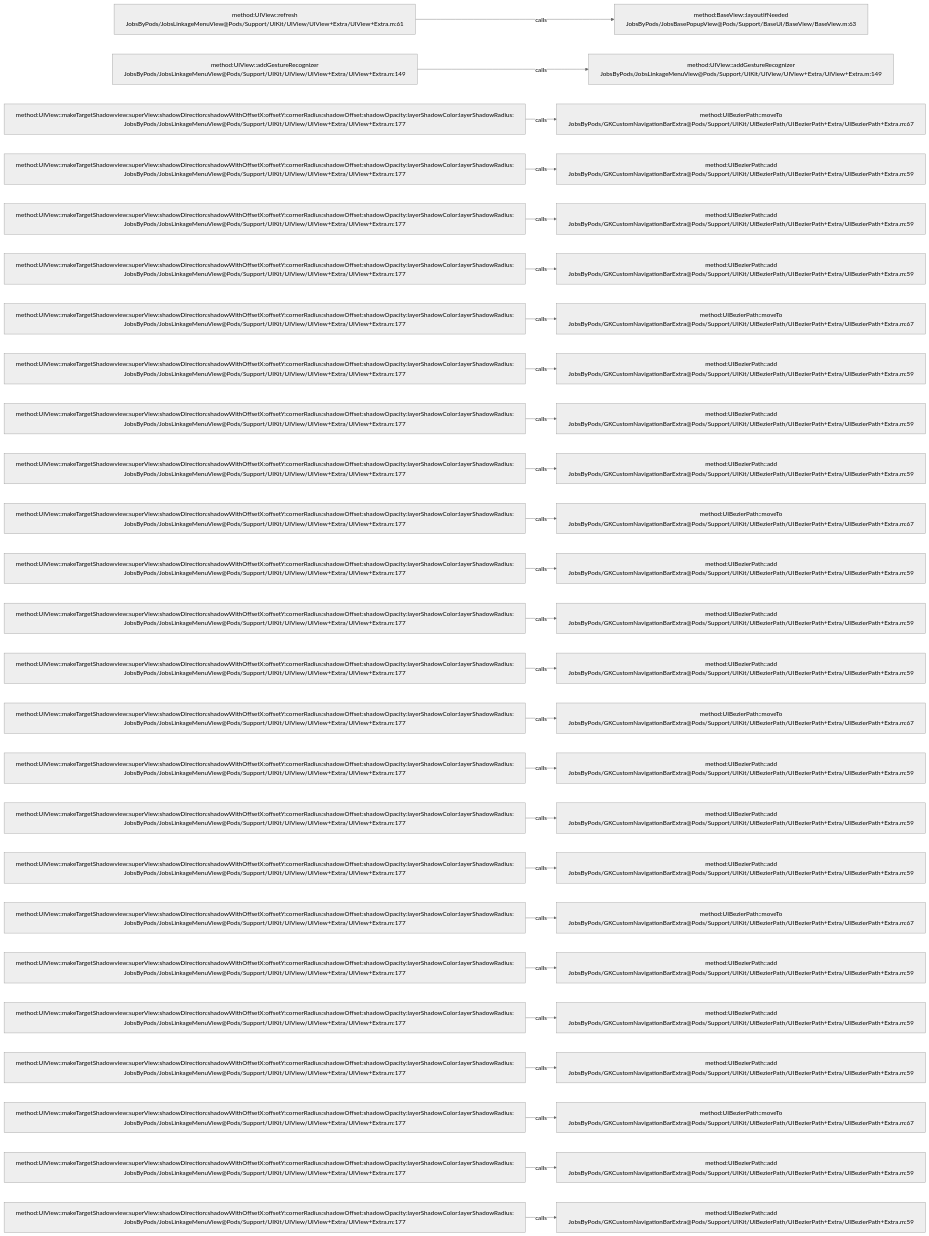
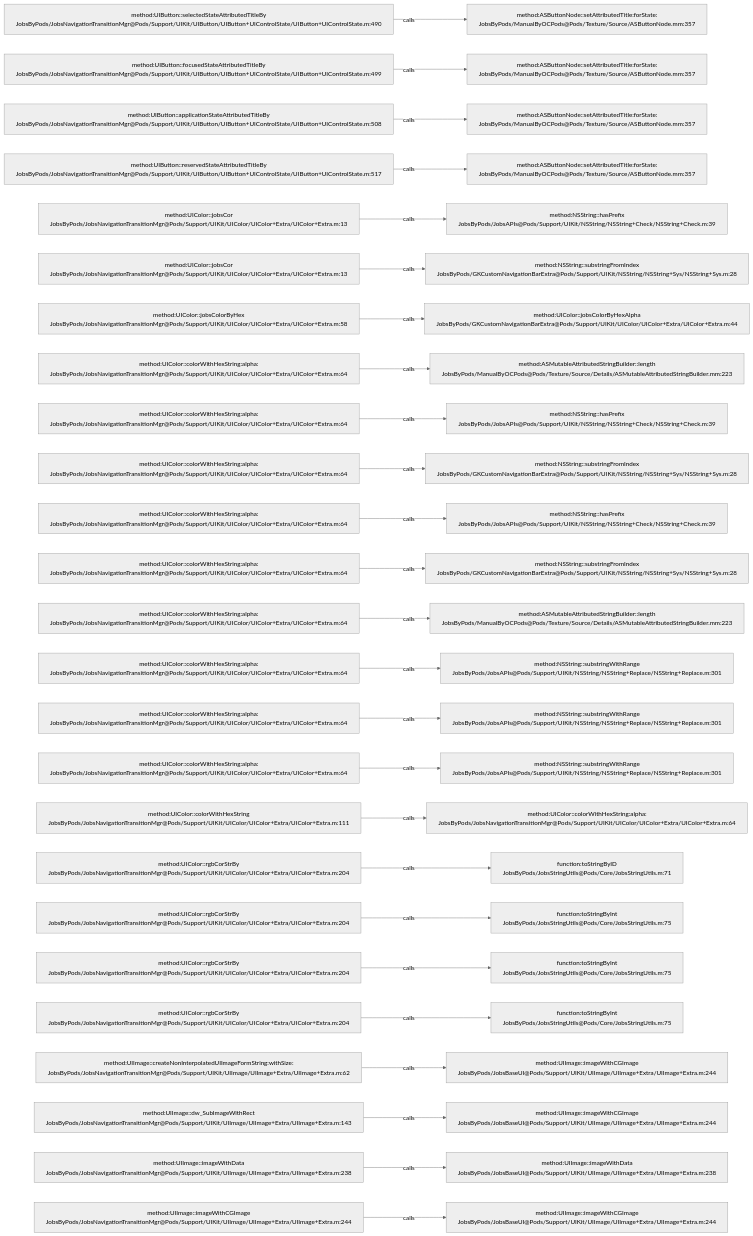
Before and after one commit to JobsKits/JobsOCBaseConfigDemo: the diagram in .codegraph/codegraph.md/graphs/calls-135.md, drawn with Mermaid (neutral theme). The commit also changed 1026 other files, not shown here.

````diff
--- a/.codegraph/codegraph.md/graphs/calls-135.md
+++ b/.codegraph/codegraph.md/graphs/calls-135.md
@@ -13,78 +13,78 @@
 ```mermaid
 flowchart LR
-  S1["method:UIView::refresh<br/>JobsByPods/JobsLinkageMenuView@Pods/Support/UIKit/UIView/UIView+Extra/UIView+Extra.m:61"]
-  T1["method:BaseView::layoutIfNeeded<br/>JobsByPods/JobsBasePopupView@Pods/Support/BaseUI/BaseView/BaseView.m:63"]
+  S1["method:UIButton::selectedStateAttributedTitleBy<br/>JobsByPods/JobsNavigationTransitionMgr@Pods/Support/UIKit/UIButton/UIButton+UIControlState/UIButton+UIControlState.m:490"]
+  T1["method:ASButtonNode::setAttributedTitle:forState:<br/>JobsByPods/ManualByOCPods@Pods/Texture/Source/ASButtonNode.mm:357"]
   S1 -->|calls| T1
-  S2["method:UIView::addGestureRecognizer<br/>JobsByPods/JobsLinkageMenuView@Pods/Support/UIKit/UIView/UIView+Extra/UIView+Extra.m:149"]
-  T2["method:UIView::addGestureRecognizer<br/>JobsByPods/JobsLinkageMenuView@Pods/Support/UIKit/UIView/UIView+Extra/UIView+Extra.m:149"]
+  S2["method:UIButton::focusedStateAttributedTitleBy<br/>JobsByPods/JobsNavigationTransitionMgr@Pods/Support/UIKit/UIButton/UIButton+UIControlState/UIButton+UIControlState.m:499"]
+  T2["method:ASButtonNode::setAttributedTitle:forState:<br/>JobsByPods/ManualByOCPods@Pods/Texture/Source/ASButtonNode.mm:357"]
   S2 -->|calls| T2
-  S3["method:UIView::makeTargetShadowview:superView:shadowDirection:shadowWithOffsetX:offsetY:cornerRadius:shadowOffset:shadowOpacity:layerShadowColor:layerShadowRadius:<br/>JobsByPods/JobsLinkageMenuView@Pods/Support/UIKit/UIView/UIView+Extra/UIView+Extra.m:177"]
-  T3["method:UIBezierPath::moveTo<br/>JobsByPods/GKCustomNavigationBarExtra@Pods/Support/UIKit/UIBezierPath/UIBezierPath+Extra/UIBezierPath+Extra.m:67"]
+  S3["method:UIButton::applicationStateAttributedTitleBy<br/>JobsByPods/JobsNavigationTransitionMgr@Pods/Support/UIKit/UIButton/UIButton+UIControlState/UIButton+UIControlState.m:508"]
+  T3["method:ASButtonNode::setAttributedTitle:forState:<br/>JobsByPods/ManualByOCPods@Pods/Texture/Source/ASButtonNode.mm:357"]
   S3 -->|calls| T3
-  S4["method:UIView::makeTargetShadowview:superView:shadowDirection:shadowWithOffsetX:offsetY:cornerRadius:shadowOffset:shadowOpacity:layerShadowColor:layerShadowRadius:<br/>JobsByPods/JobsLinkageMenuView@Pods/Support/UIKit/UIView/UIView+Extra/UIView+Extra.m:177"]
-  T4["method:UIBezierPath::add<br/>JobsByPods/GKCustomNavigationBarExtra@Pods/Support/UIKit/UIBezierPath/UIBezierPath+Extra/UIBezierPath+Extra.m:59"]
+  S4["method:UIButton::reservedStateAttributedTitleBy<br/>JobsByPods/JobsNavigationTransitionMgr@Pods/Support/UIKit/UIButton/UIButton+UIControlState/UIButton+UIControlState.m:517"]
+  T4["method:ASButtonNode::setAttributedTitle:forState:<br/>JobsByPods/ManualByOCPods@Pods/Texture/Source/ASButtonNode.mm:357"]
   S4 -->|calls| T4
-  S5["method:UIView::makeTargetShadowview:superView:shadowDirection:shadowWithOffsetX:offsetY:cornerRadius:shadowOffset:shadowOpacity:layerShadowColor:layerShadowRadius:<br/>JobsByPods/JobsLinkageMenuView@Pods/Support/UIKit/UIView/UIView+Extra/UIView+Extra.m:177"]
-  T5["method:UIBezierPath::add<br/>JobsByPods/GKCustomNavigationBarExtra@Pods/Support/UIKit/UIBezierPath/UIBezierPath+Extra/UIBezierPath+Extra.m:59"]
+  S5["method:UIColor::jobsCor<br/>JobsByPods/JobsNavigationTransitionMgr@Pods/Support/UIKit/UIColor/UIColor+Extra/UIColor+Extra.m:13"]
+  T5["method:NSString::hasPrefix<br/>JobsByPods/JobsAPIs@Pods/Support/UIKit/NSString/NSString+Check/NSString+Check.m:39"]
   S5 -->|calls| T5
-  S6["method:UIView::makeTargetShadowview:superView:shadowDirection:shadowWithOffsetX:offsetY:cornerRadius:shadowOffset:shadowOpacity:layerShadowColor:layerShadowRadius:<br/>JobsByPods/JobsLinkageMenuView@Pods/Support/UIKit/UIView/UIView+Extra/UIView+Extra.m:177"]
-  T6["method:UIBezierPath::add<br/>JobsByPods/GKCustomNavigationBarExtra@Pods/Support/UIKit/UIBezierPath/UIBezierPath+Extra/UIBezierPath+Extra.m:59"]
+  S6["method:UIColor::jobsCor<br/>JobsByPods/JobsNavigationTransitionMgr@Pods/Support/UIKit/UIColor/UIColor+Extra/UIColor+Extra.m:13"]
+  T6["method:NSString::substringFromIndex<br/>JobsByPods/GKCustomNavigationBarExtra@Pods/Support/UIKit/NSString/NSString+Sys/NSString+Sys.m:28"]
   S6 -->|calls| T6
-  S7["method:UIView::makeTargetShadowview:superView:shadowDirection:shadowWithOffsetX:offsetY:cornerRadius:shadowOffset:shadowOpacity:layerShadowColor:layerShadowRadius:<br/>JobsByPods/JobsLinkageMenuView@Pods/Support/UIKit/UIView/UIView+Extra/UIView+Extra.m:177"]
-  T7["method:UIBezierPath::moveTo<br/>JobsByPods/GKCustomNavigationBarExtra@Pods/Support/UIKit/UIBezierPath/UIBezierPath+Extra/UIBezierPath+Extra.m:67"]
+  S7["method:UIColor::jobsColorByHex<br/>JobsByPods/JobsNavigationTransitionMgr@Pods/Support/UIKit/UIColor/UIColor+Extra/UIColor+Extra.m:58"]
+  T7["method:UIColor::jobsColorByHexAlpha<br/>JobsByPods/GKCustomNavigationBarExtra@Pods/Support/UIKit/UIColor/UIColor+Extra/UIColor+Extra.m:44"]
   S7 -->|calls| T7
-  S8["method:UIView::makeTargetShadowview:superView:shadowDirection:shadowWithOffsetX:offsetY:cornerRadius:shadowOffset:shadowOpacity:layerShadowColor:layerShadowRadius:<br/>JobsByPods/JobsLinkageMenuView@Pods/Support/UIKit/UIView/UIView+Extra/UIView+Extra.m:177"]
-  T8["method:UIBezierPath::add<br/>JobsByPods/GKCustomNavigationBarExtra@Pods/Support/UIKit/UIBezierPath/UIBezierPath+Extra/UIBezierPath+Extra.m:59"]
+  S8["method:UIColor::colorWithHexString:alpha:<br/>JobsByPods/JobsNavigationTransitionMgr@Pods/Support/UIKit/UIColor/UIColor+Extra/UIColor+Extra.m:64"]
+  T8["method:ASMutableAttributedStringBuilder::length<br/>JobsByPods/ManualByOCPods@Pods/Texture/Source/Details/ASMutableAttributedStringBuilder.mm:223"]
   S8 -->|calls| T8
-  S9["method:UIView::makeTargetShadowview:superView:shadowDirection:shadowWithOffsetX:offsetY:cornerRadius:shadowOffset:shadowOpacity:layerShadowColor:layerShadowRadius:<br/>JobsByPods/JobsLinkageMenuView@Pods/Support/UIKit/UIView/UIView+Extra/UIView+Extra.m:177"]
-  T9["method:UIBezierPath::add<br/>JobsByPods/GKCustomNavigationBarExtra@Pods/Support/UIKit/UIBezierPath/UIBezierPath+Extra/UIBezierPath+Extra.m:59"]
+  S9["method:UIColor::colorWithHexString:alpha:<br/>JobsByPods/JobsNavigationTransitionMgr@Pods/Support/UIKit/UIColor/UIColor+Extra/UIColor+Extra.m:64"]
+  T9["method:NSString::hasPrefix<br/>JobsByPods/JobsAPIs@Pods/Support/UIKit/NSString/NSString+Check/NSString+Check.m:39"]
   S9 -->|calls| T9
-  S10["method:UIView::makeTargetShadowview:superView:shadowDirection:shadowWithOffsetX:offsetY:cornerRadius:shadowOffset:shadowOpacity:layerShadowColor:layerShadowRadius:<br/>JobsByPods/JobsLinkageMenuView@Pods/Support/UIKit/UIView/UIView+Extra/UIView+Extra.m:177"]
-  T10["method:UIBezierPath::add<br/>JobsByPods/GKCustomNavigationBarExtra@Pods/Support/UIKit/UIBezierPath/UIBezierPath+Extra/UIBezierPath+Extra.m:59"]
+  S10["method:UIColor::colorWithHexString:alpha:<br/>JobsByPods/JobsNavigationTransitionMgr@Pods/Support/UIKit/UIColor/UIColor+Extra/UIColor+Extra.m:64"]
+  T10["method:NSString::substringFromIndex<br/>JobsByPods/GKCustomNavigationBarExtra@Pods/Support/UIKit/NSString/NSString+Sys/NSString+Sys.m:28"]
   S10 -->|calls| T10
-  S11["method:UIView::makeTargetShadowview:superView:shadowDirection:shadowWithOffsetX:offsetY:cornerRadius:shadowOffset:shadowOpacity:layerShadowColor:layerShadowRadius:<br/>JobsByPods/JobsLinkageMenuView@Pods/Support/UIKit/UIView/UIView+Extra/UIView+Extra.m:177"]
-  T11["method:UIBezierPath::moveTo<br/>JobsByPods/GKCustomNavigationBarExtra@Pods/Support/UIKit/UIBezierPath/UIBezierPath+Extra/UIBezierPath+Extra.m:67"]
+  S11["method:UIColor::colorWithHexString:alpha:<br/>JobsByPods/JobsNavigationTransitionMgr@Pods/Support/UIKit/UIColor/UIColor+Extra/UIColor+Extra.m:64"]
+  T11["method:NSString::hasPrefix<br/>JobsByPods/JobsAPIs@Pods/Support/UIKit/NSString/NSString+Check/NSString+Check.m:39"]
   S11 -->|calls| T11
-  S12["method:UIView::makeTargetShadowview:superView:shadowDirection:shadowWithOffsetX:offsetY:cornerRadius:shadowOffset:shadowOpacity:layerShadowColor:layerShadowRadius:<br/>JobsByPods/JobsLinkageMenuView@Pods/Support/UIKit/UIView/UIView+Extra/UIView+Extra.m:177"]
-  T12["method:UIBezierPath::add<br/>JobsByPods/GKCustomNavigationBarExtra@Pods/Support/UIKit/UIBezierPath/UIBezierPath+Extra/UIBezierPath+Extra.m:59"]
+  S12["method:UIColor::colorWithHexString:alpha:<br/>JobsByPods/JobsNavigationTransitionMgr@Pods/Support/UIKit/UIColor/UIColor+Extra/UIColor+Extra.m:64"]
+  T12["method:NSString::substringFromIndex<br/>JobsByPods/GKCustomNavigationBarExtra@Pods/Support/UIKit/NSString/NSString+Sys/NSString+Sys.m:28"]
   S12 -->|calls| T12
-  S13["method:UIView::makeTargetShadowview:superView:shadowDirection:shadowWithOffsetX:offsetY:cornerRadius:shadowOffset:shadowOpacity:layerShadowColor:layerShadowRadius:<br/>JobsByPods/JobsLinkageMenuView@Pods/Support/UIKit/UIView/UIView+Extra/UIView+Extra.m:177"]
-  T13["method:UIBezierPath::add<br/>JobsByPods/GKCustomNavigationBarExtra@Pods/Support/UIKit/UIBezierPath/UIBezierPath+Extra/UIBezierPath+Extra.m:59"]
+  S13["method:UIColor::colorWithHexString:alpha:<br/>JobsByPods/JobsNavigationTransitionMgr@Pods/Support/UIKit/UIColor/UIColor+Extra/UIColor+Extra.m:64"]
+  T13["method:ASMutableAttributedStringBuilder::length<br/>JobsByPods/ManualByOCPods@Pods/Texture/Source/Details/ASMutableAttributedStringBuilder.mm:223"]
   S13 -->|calls| T13
-  S14["method:UIView::makeTargetShadowview:superView:shadowDirection:shadowWithOffsetX:offsetY:cornerRadius:shadowOffset:shadowOpacity:layerShadowColor:layerShadowRadius:<br/>JobsByPods/JobsLinkageMenuView@Pods/Support/UIKit/UIView/UIView+Extra/UIView+Extra.m:177"]
-  T14["method:UIBezierPath::add<br/>JobsByPods/GKCustomNavigationBarExtra@Pods/Support/UIKit/UIBezierPath/UIBezierPath+Extra/UIBezierPath+Extra.m:59"]
+  S14["method:UIColor::colorWithHexString:alpha:<br/>JobsByPods/JobsNavigationTransitionMgr@Pods/Support/UIKit/UIColor/UIColor+Extra/UIColor+Extra.m:64"]
+  T14["method:NSString::substringWithRange<br/>JobsByPods/JobsAPIs@Pods/Support/UIKit/NSString/NSString+Replace/NSString+Replace.m:301"]
   S14 -->|calls| T14
-  S15["method:UIView::makeTargetShadowview:superView:shadowDirection:shadowWithOffsetX:offsetY:cornerRadius:shadowOffset:shadowOpacity:layerShadowColor:layerShadowRadius:<br/>JobsByPods/JobsLinkageMenuView@Pods/Support/UIKit/UIView/UIView+Extra/UIView+Extra.m:177"]
-  T15["method:UIBezierPath::moveTo<br/>JobsByPods/GKCustomNavigationBarExtra@Pods/Support/UIKit/UIBezierPath/UIBezierPath+Extra/UIBezierPath+Extra.m:67"]
+  S15["method:UIColor::colorWithHexString:alpha:<br/>JobsByPods/JobsNavigationTransitionMgr@Pods/Support/UIKit/UIColor/UIColor+Extra/UIColor+Extra.m:64"]
+  T15["method:NSString::substringWithRange<br/>JobsByPods/JobsAPIs@Pods/Support/UIKit/NSString/NSString+Replace/NSString+Replace.m:301"]
   S15 -->|calls| T15
-  S16["method:UIView::makeTargetShadowview:superView:shadowDirection:shadowWithOffsetX:offsetY:cornerRadius:shadowOffset:shadowOpacity:layerShadowColor:layerShadowRadius:<br/>JobsByPods/JobsLinkageMenuView@Pods/Support/UIKit/UIView/UIView+Extra/UIView+Extra.m:177"]
-  T16["method:UIBezierPath::add<br/>JobsByPods/GKCustomNavigationBarExtra@Pods/Support/UIKit/UIBezierPath/UIBezierPath+Extra/UIBezierPath+Extra.m:59"]
+  S16["method:UIColor::colorWithHexString:alpha:<br/>JobsByPods/JobsNavigationTransitionMgr@Pods/Support/UIKit/UIColor/UIColor+Extra/UIColor+Extra.m:64"]
+  T16["method:NSString::substringWithRange<br/>JobsByPods/JobsAPIs@Pods/Support/UIKit/NSString/NSString+Replace/NSString+Replace.m:301"]
   S16 -->|calls| T16
-  S17["method:UIView::makeTargetShadowview:superView:shadowDirection:shadowWithOffsetX:offsetY:cornerRadius:shadowOffset:shadowOpacity:layerShadowColor:layerShadowRadius:<br/>JobsByPods/JobsLinkageMenuView@Pods/Support/UIKit/UIView/UIView+Extra/UIView+Extra.m:177"]
-  T17["method:UIBezierPath::add<br/>JobsByPods/GKCustomNavigationBarExtra@Pods/Support/UIKit/UIBezierPath/UIBezierPath+Extra/UIBezierPath+Extra.m:59"]
+  S17["method:UIColor::colorWithHexString<br/>JobsByPods/JobsNavigationTransitionMgr@Pods/Support/UIKit/UIColor/UIColor+Extra/UIColor+Extra.m:111"]
+  T17["method:UIColor::colorWithHexString:alpha:<br/>JobsByPods/JobsNavigationTransitionMgr@Pods/Support/UIKit/UIColor/UIColor+Extra/UIColor+Extra.m:64"]
   S17 -->|calls| T17
-  S18["method:UIView::makeTargetShadowview:superView:shadowDirection:shadowWithOffsetX:offsetY:cornerRadius:shadowOffset:shadowOpacity:layerShadowColor:layerShadowRadius:<br/>JobsByPods/JobsLinkageMenuView@Pods/Support/UIKit/UIView/UIView+Extra/UIView+Extra.m:177"]
-  T18["method:UIBezierPath::add<br/>JobsByPods/GKCustomNavigationBarExtra@Pods/Support/UIKit/UIBezierPath/UIBezierPath+Extra/UIBezierPath+Extra.m:59"]
+  S18["method:UIColor::rgbCorStrBy<br/>JobsByPods/JobsNavigationTransitionMgr@Pods/Support/UIKit/UIColor/UIColor+Extra/UIColor+Extra.m:204"]
+  T18["function:toStringByID<br/>JobsByPods/JobsStringUtils@Pods/Core/JobsStringUtils.m:71"]
   S18 -->|calls| T18
-  S19["method:UIView::makeTargetShadowview:superView:shadowDirection:shadowWithOffsetX:offsetY:cornerRadius:shadowOffset:shadowOpacity:layerShadowColor:layerShadowRadius:<br/>JobsByPods/JobsLinkageMenuView@Pods/Support/UIKit/UIView/UIView+Extra/UIView+Extra.m:177"]
-  T19["method:UIBezierPath::moveTo<br/>JobsByPods/GKCustomNavigationBarExtra@Pods/Support/UIKit/UIBezierPath/UIBezierPath+Extra/UIBezierPath+Extra.m:67"]
+  S19["method:UIColor::rgbCorStrBy<br/>JobsByPods/JobsNavigationTransitionMgr@Pods/Support/UIKit/UIColor/UIColor+Extra/UIColor+Extra.m:204"]
+  T19["function:toStringByInt<br/>JobsByPods/JobsStringUtils@Pods/Core/JobsStringUtils.m:75"]
   S19 -->|calls| T19
-  S20["method:UIView::makeTargetShadowview:superView:shadowDirection:shadowWithOffsetX:offsetY:cornerRadius:shadowOffset:shadowOpacity:layerShadowColor:layerShadowRadius:<br/>JobsByPods/JobsLinkageMenuView@Pods/Support/UIKit/UIView/UIView+Extra/UIView+Extra.m:177"]
-  T20["method:UIBezierPath::add<br/>JobsByPods/GKCustomNavigationBarExtra@Pods/Support/UIKit/UIBezierPath/UIBezierPath+Extra/UIBezierPath+Extra.m:59"]
+  S20["method:UIColor::rgbCorStrBy<br/>JobsByPods/JobsNavigationTransitionMgr@Pods/Support/UIKit/UIColor/UIColor+Extra/UIColor+Extra.m:204"]
+  T20["function:toStringByInt<br/>JobsByPods/JobsStringUtils@Pods/Core/JobsStringUtils.m:75"]
   S20 -->|calls| T20
-  S21["method:UIView::makeTargetShadowview:superView:shadowDirection:shadowWithOffsetX:offsetY:cornerRadius:shadowOffset:shadowOpacity:layerShadowColor:layerShadowRadius:<br/>JobsByPods/JobsLinkageMenuView@Pods/Support/UIKit/UIView/UIView+Extra/UIView+Extra.m:177"]
-  T21["method:UIBezierPath::add<br/>JobsByPods/GKCustomNavigationBarExtra@Pods/Support/UIKit/UIBezierPath/UIBezierPath+Extra/UIBezierPath+Extra.m:59"]
+  S21["method:UIColor::rgbCorStrBy<br/>JobsByPods/JobsNavigationTransitionMgr@Pods/Support/UIKit/UIColor/UIColor+Extra/UIColor+Extra.m:204"]
+  T21["function:toStringByInt<br/>JobsByPods/JobsStringUtils@Pods/Core/JobsStringUtils.m:75"]
   S21 -->|calls| T21
-  S22["method:UIView::makeTargetShadowview:superView:shadowDirection:shadowWithOffsetX:offsetY:cornerRadius:shadowOffset:shadowOpacity:layerShadowColor:layerShadowRadius:<br/>JobsByPods/JobsLinkageMenuView@Pods/Support/UIKit/UIView/UIView+Extra/UIView+Extra.m:177"]
-  T22["method:UIBezierPath::add<br/>JobsByPods/GKCustomNavigationBarExtra@Pods/Support/UIKit/UIBezierPath/UIBezierPath+Extra/UIBezierPath+Extra.m:59"]
+  S22["method:UIImage::createNonInterpolatedUIImageFormString:withSize:<br/>JobsByPods/JobsNavigationTransitionMgr@Pods/Support/UIKit/UIImage/UIImage+Extra/UIImage+Extra.m:62"]
+  T22["method:UIImage::imageWithCGImage<br/>JobsByPods/JobsBaseUI@Pods/Support/UIKit/UIImage/UIImage+Extra/UIImage+Extra.m:244"]
   S22 -->|calls| T22
-  S23["method:UIView::makeTargetShadowview:superView:shadowDirection:shadowWithOffsetX:offsetY:cornerRadius:shadowOffset:shadowOpacity:layerShadowColor:layerShadowRadius:<br/>JobsByPods/JobsLinkageMenuView@Pods/Support/UIKit/UIView/UIView+Extra/UIView+Extra.m:177"]
-  T23["method:UIBezierPath::moveTo<br/>JobsByPods/GKCustomNavigationBarExtra@Pods/Support/UIKit/UIBezierPath/UIBezierPath+Extra/UIBezierPath+Extra.m:67"]
+  S23["method:UIImage::dw_SubImageWithRect<br/>JobsByPods/JobsNavigationTransitionMgr@Pods/Support/UIKit/UIImage/UIImage+Extra/UIImage+Extra.m:143"]
+  T23["method:UIImage::imageWithCGImage<br/>JobsByPods/JobsBaseUI@Pods/Support/UIKit/UIImage/UIImage+Extra/UIImage+Extra.m:244"]
   S23 -->|calls| T23
-  S24["method:UIView::makeTargetShadowview:superView:shadowDirection:shadowWithOffsetX:offsetY:cornerRadius:shadowOffset:shadowOpacity:layerShadowColor:layerShadowRadius:<br/>JobsByPods/JobsLinkageMenuView@Pods/Support/UIKit/UIView/UIView+Extra/UIView+Extra.m:177"]
-  T24["method:UIBezierPath::add<br/>JobsByPods/GKCustomNavigationBarExtra@Pods/Support/UIKit/UIBezierPath/UIBezierPath+Extra/UIBezierPath+Extra.m:59"]
+  S24["method:UIImage::imageWithData<br/>JobsByPods/JobsNavigationTransitionMgr@Pods/Support/UIKit/UIImage/UIImage+Extra/UIImage+Extra.m:238"]
+  T24["method:UIImage::imageWithData<br/>JobsByPods/JobsBaseUI@Pods/Support/UIKit/UIImage/UIImage+Extra/UIImage+Extra.m:238"]
   S24 -->|calls| T24
-  S25["method:UIView::makeTargetShadowview:superView:shadowDirection:shadowWithOffsetX:offsetY:cornerRadius:shadowOffset:shadowOpacity:layerShadowColor:layerShadowRadius:<br/>JobsByPods/JobsLinkageMenuView@Pods/Support/UIKit/UIView/UIView+Extra/UIView+Extra.m:177"]
-  T25["method:UIBezierPath::add<br/>JobsByPods/GKCustomNavigationBarExtra@Pods/Support/UIKit/UIBezierPath/UIBezierPath+Extra/UIBezierPath+Extra.m:59"]
+  S25["method:UIImage::imageWithCGImage<br/>JobsByPods/JobsNavigationTransitionMgr@Pods/Support/UIKit/UIImage/UIImage+Extra/UIImage+Extra.m:244"]
+  T25["method:UIImage::imageWithCGImage<br/>JobsByPods/JobsBaseUI@Pods/Support/UIKit/UIImage/UIImage+Extra/UIImage+Extra.m:244"]
   S25 -->|calls| T25
 ```
````
